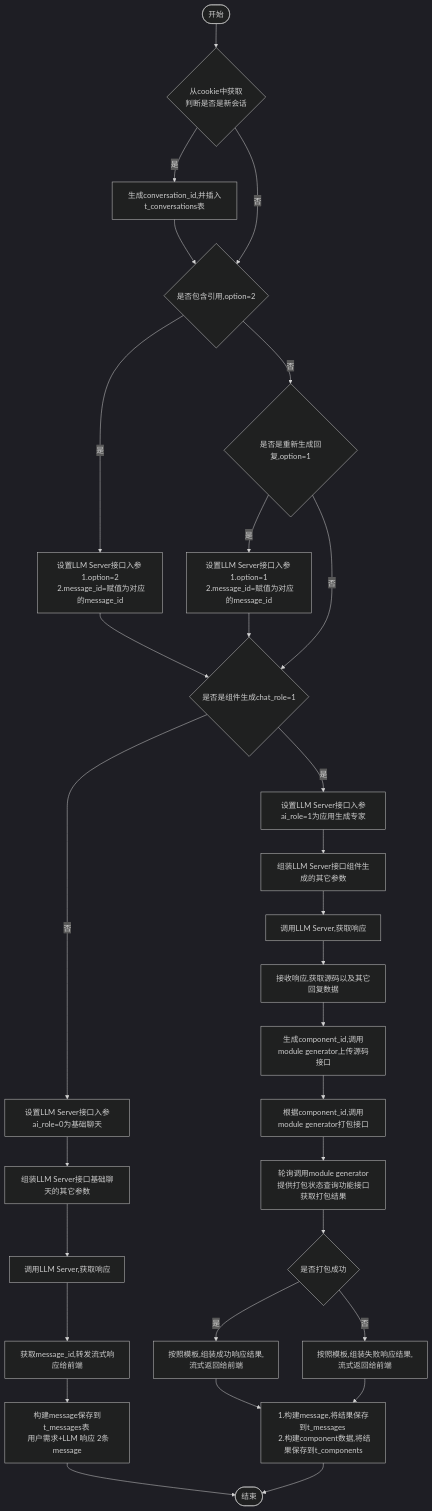
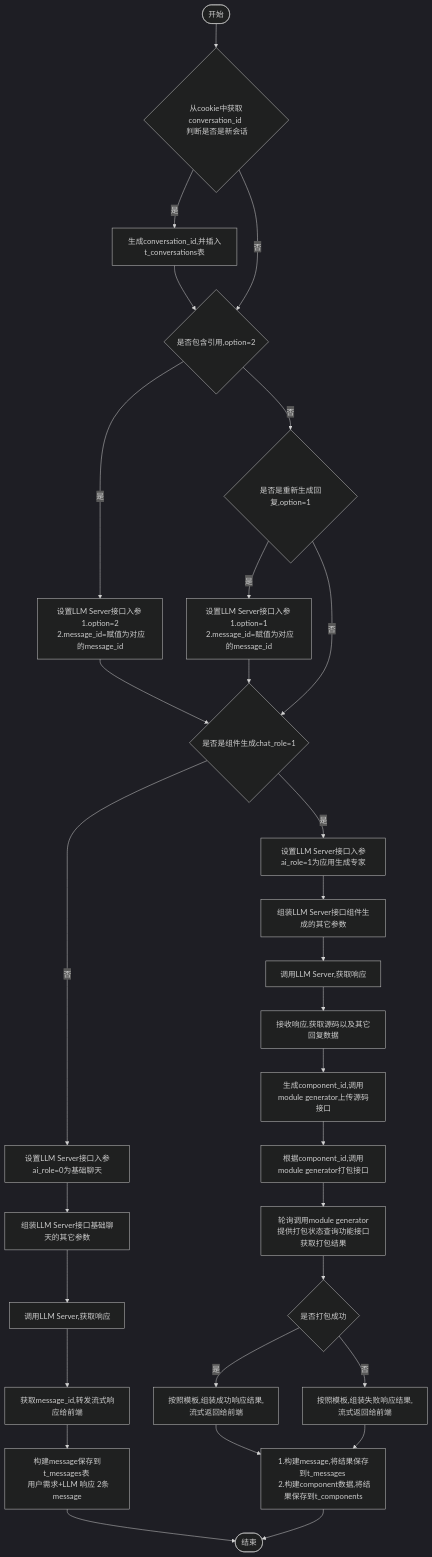
The diagram in all/w3-会话-不需要传递message.md (yingjianzh/iodraw-files), drawn with Mermaid (dark theme) before and after one commit.

Commit message:
2024-10-15 14:13:00 update

````diff
--- a/all/w3-会话-不需要传递message.md
+++ b/all/w3-会话-不需要传递message.md
@@ -1,36 +1,36 @@
 ```mermaid
 flowchart TD
-    A([开始]) --> B{从cookie中获取 \n 判断是否是新会话}
+    A([开始]) --> B{从cookie中获取conversation_id \n 判断是否是新会话}
     B -- 是 --> C[生成conversation_id,并插入t_conversations表]
     C --> D
     B -- 否 --> D{是否包含引用,option=2}
     D -- 是 --> E[设置LLM Server接口入参 \n 1.option=2 \n 2.message_id=赋值为对应的message_id]
     D -- 否 --> F{是否是重新生成回复,option=1}
     F -- 是 --> G[设置LLM Server接口入参 \n 1.option=1 \n 2.message_id=赋值为对应的message_id]
     F -- 否 --> I
      
     E & G --> I{是否是组件生成chat_role=1}
     I -- 否 --> K[设置LLM Server接口入参ai_role=0为基础聊天]
     I -- 是 --> J[设置LLM Server接口入参ai_role=1为应用生成专家]
     
 
     J --> L[组装LLM Server接口组件生成的其它参数]    
     K --> M[组装LLM Server接口基础聊天的其它参数]    
     M --> N[调用LLM Server,获取响应]    
     N --> O[获取message_id,转发流式响应给前端]
     O --> P[构建message保存到t_messages表 \n 用户需求+LLM 响应 2条message]
     P --> R([结束])
 
 
     L --> S[调用LLM Server,获取响应]
     S --> T[接收响应,获取源码以及其它回复数据]
     T --> U[生成component_id,调用module generator上传源码接口]
     U --> V[根据component_id,调用module generator打包接口]
     V --> W[轮询调用module generator提供打包状态查询功能接口获取打包结果]
     W --> X{是否打包成功}
     X -- 是 --> Y[按照模板,组装成功响应结果,流式返回给前端]
     X -- 否 --> Z[按照模板,组装失败响应结果,流式返回给前端]
 
     Y & Z --> Result[1.构建message,将结果保存到t_messages \n 2.构建component数据,将结果保存到t_components]
     Result --> R
 ```
````
